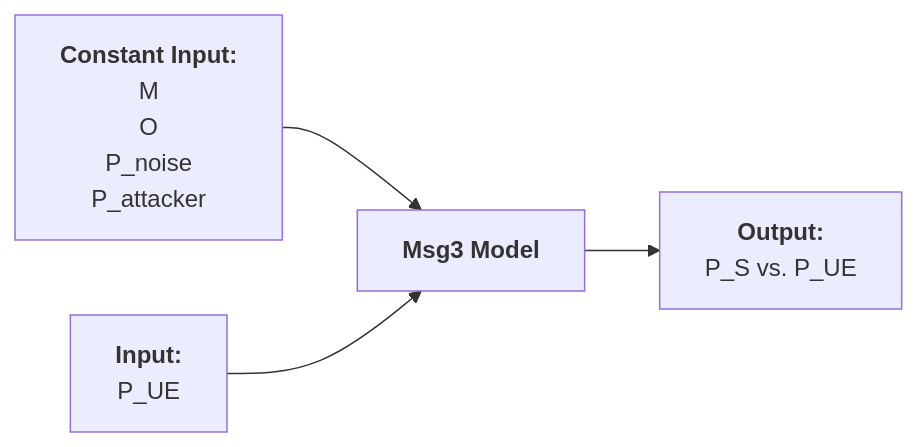
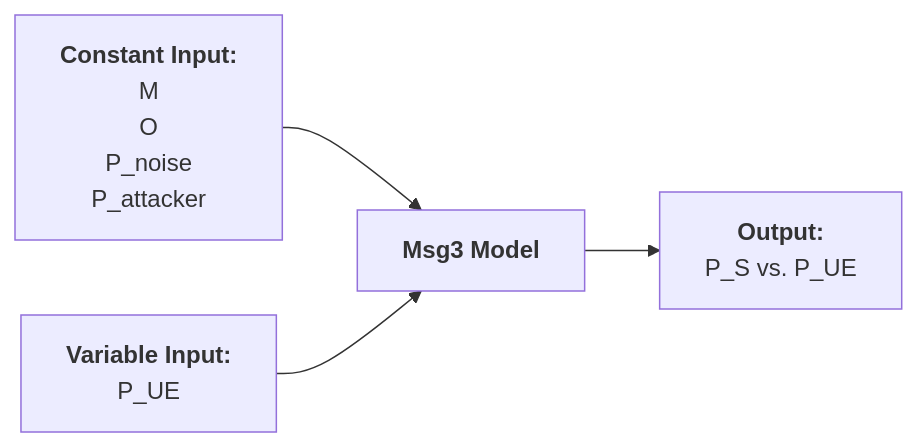
The fourth of 4 diagrams in docs/20250307 Thesis (PRACH Attack Problem Definition).md (bmw-ece-ntust/wilfrid-prach-attack-analysis), drawn with Mermaid before and after one commit.

Commit message:
Update 20250307 Thesis (PRACH Attack Problem Definition).md

````diff
--- a/docs/20250307 Thesis (PRACH Attack Problem Definition).md
+++ b/docs/20250307 Thesis (PRACH Attack Problem Definition).md
@@ -268,16 +268,16 @@
 ```mermaid
 flowchart LR
     inputC["`**Constant Input:**
     M
     O
     P_noise
     P_attacker`"]
-    inputV["`**Input:**
+    inputV["`**Variable Input:**
     P_UE`"]
     process["`**Msg3 Model**`"]
     output["`**Output:**
     P_S vs. P_UE`"]
     inputC --> process
     inputV --> process
     process --> output
 ```
````
